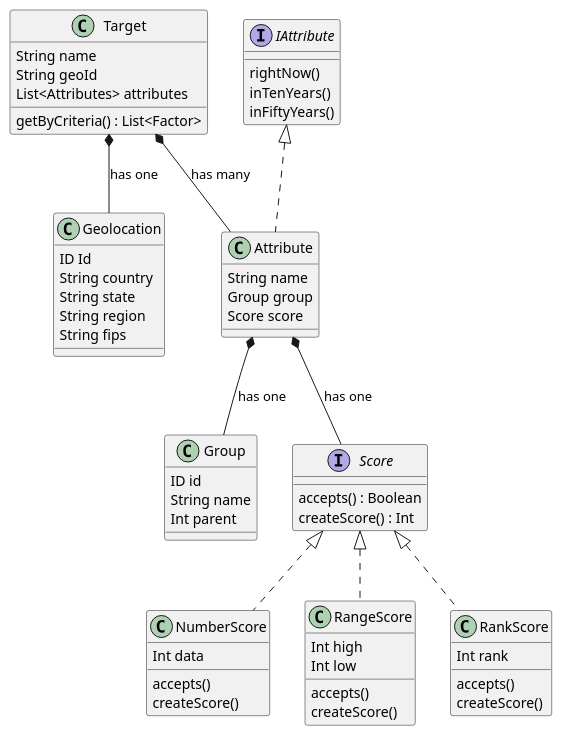
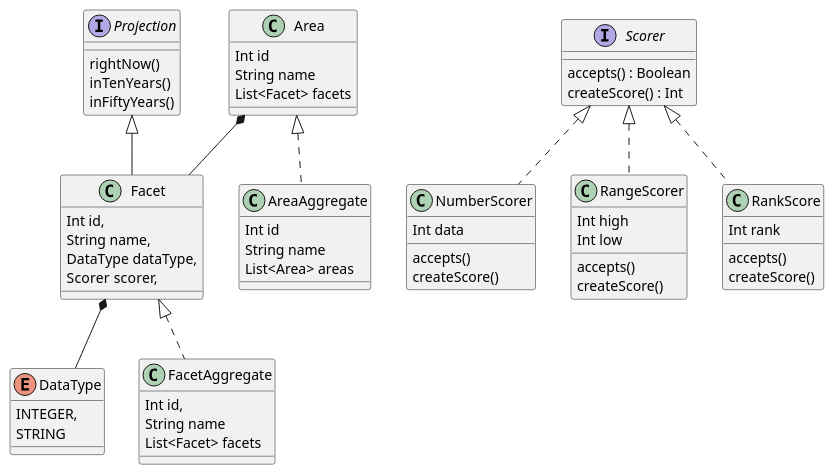
One commit to switzerb/nestpicker changed the diagram in dataModel.puml. Above: the diagram before and after it, drawn with PlantUML. The commit also changed 10 other files, not shown here.

```diff
--- a/dataModel.puml
+++ b/dataModel.puml
@@ -1,64 +1,65 @@
 @startuml
-Target *-- Geolocation : has one
-Target *-- Attribute : has many
-Attribute *-- Group : has one
-Attribute *-- Score : has one
+Area *-- Facet
+Facet *-- DataType
 
-class Target {
+class Area {
+    Int id
     String name
-    String geoId
-    List<Attributes> attributes
-    getByCriteria() : List<Factor>
+    List<Facet> facets
 }
 
-interface IAttribute {
+class AreaAggregate implements Area {
+    Int id
+    String name
+    List<Area> areas
+}
+
+class Facet extends Projection {
+    Int id,
+    String name,
+    DataType dataType,
+    Scorer scorer,
+}
+
+class FacetAggregate implements Facet {
+    Int id,
+    String name
+    List<Facet> facets
+}
+
+enum DataType {
+ INTEGER,
+ STRING
+}
+
+interface Projection {
    rightNow()
    inTenYears()
    inFiftyYears()
 }
 
-class Attribute implements IAttribute {
-   String name
-   Group group
-   Score score
-}
-
-class Geolocation {
-    ID Id
-    String country
-    String state
-    String region
-    String fips
-}
-
-class Group {
-  ID id
-  String name
-  Int parent
-}
-
-interface Score {
+interface Scorer {
     accepts() : Boolean
     createScore() : Int
 }
 
-class NumberScore implements Score {
+class NumberScorer implements Scorer {
   Int data
   accepts()
   createScore()
 }
 
-class RangeScore implements Score {
+class RangeScorer implements Scorer {
   Int high
   Int low
   accepts()
   createScore()
 }
 
-class RankScore implements Score {
+class RankScore implements Scorer {
  Int rank
  accepts()
  createScore()
 }
 
 @enduml
```
